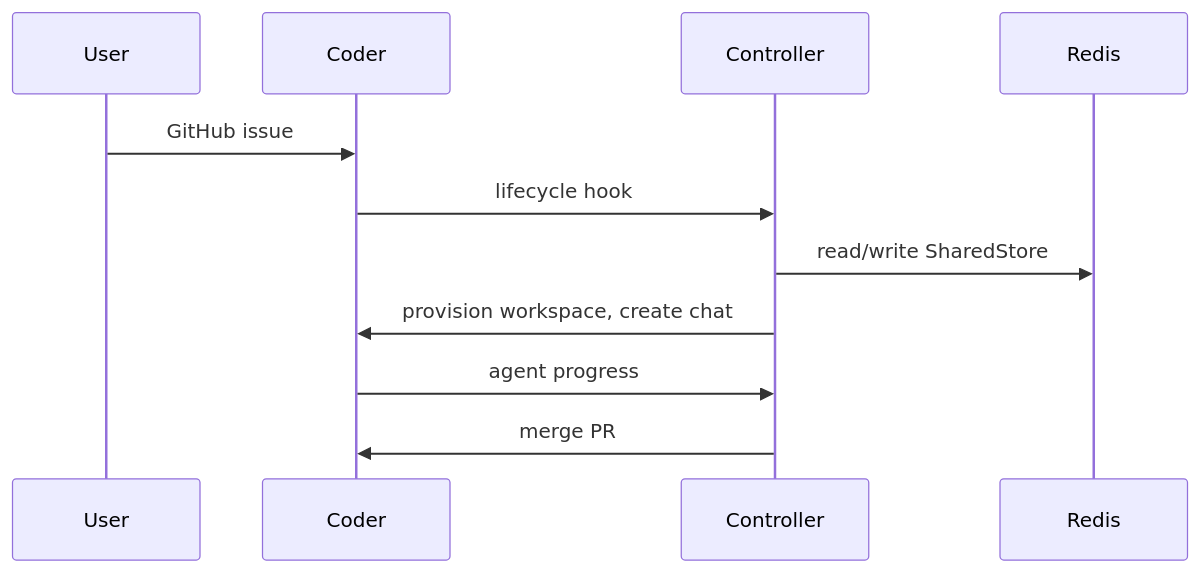
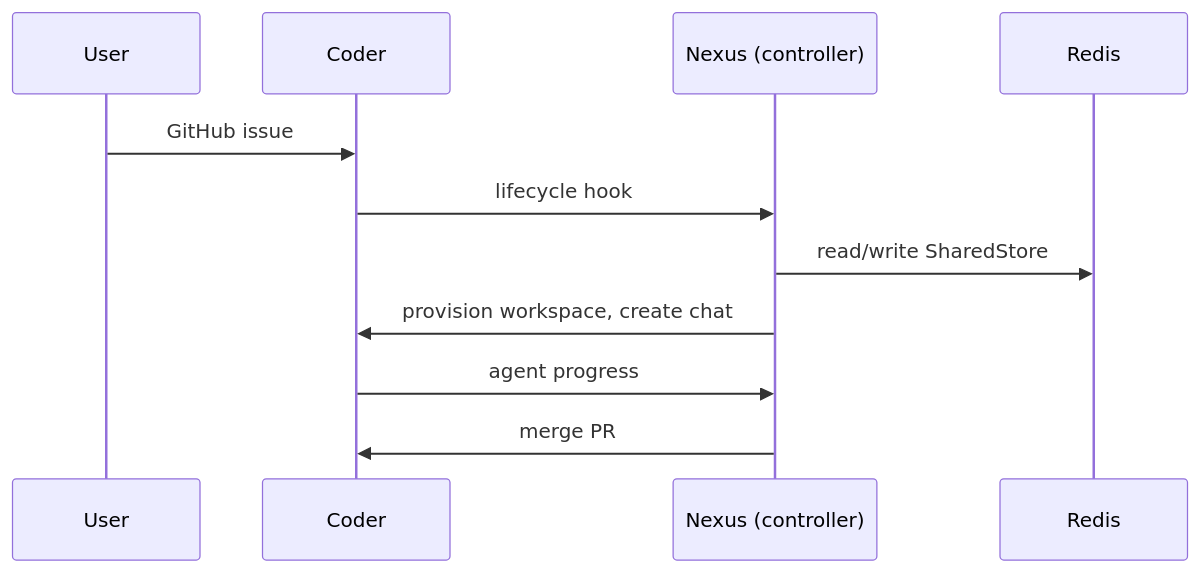
The second of 2 diagrams in docs/ARCHITECTURE-openflows.md (The-AgenticFlow/Openflows-Infra), drawn with Mermaid before and after one commit. The commit also changed other lines of this file and 1 other file, not shown here.

Commit message:
docs(architecture): fix controller model drift, in-workspace is default (#4)

````diff
--- a/docs/ARCHITECTURE-openflows.md
+++ b/docs/ARCHITECTURE-openflows.md
@@ -63,13 +63,13 @@
 ```mermaid
 sequenceDiagram
   participant U as User
   participant C as Coder
-  participant CT as Controller
+  participant N as Nexus (controller)
   participant R as Redis
   U->>C: GitHub issue
-  C->>CT: lifecycle hook
-  CT->>R: read/write SharedStore
-  CT->>C: provision workspace, create chat
-  C->>CT: agent progress
-  CT->>C: merge PR
+  C->>N: lifecycle hook
+  N->>R: read/write SharedStore
+  N->>C: provision workspace, create chat
+  C->>N: agent progress
+  N->>C: merge PR
 ```
````
